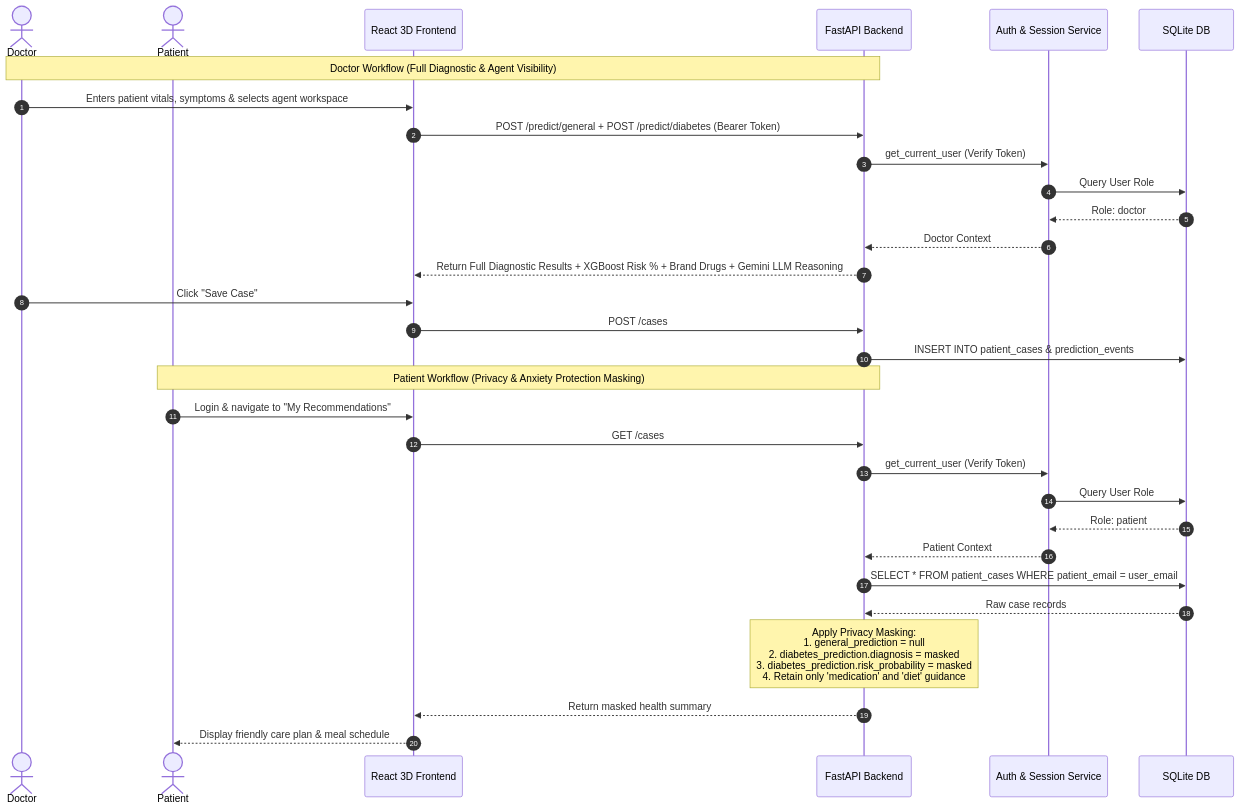
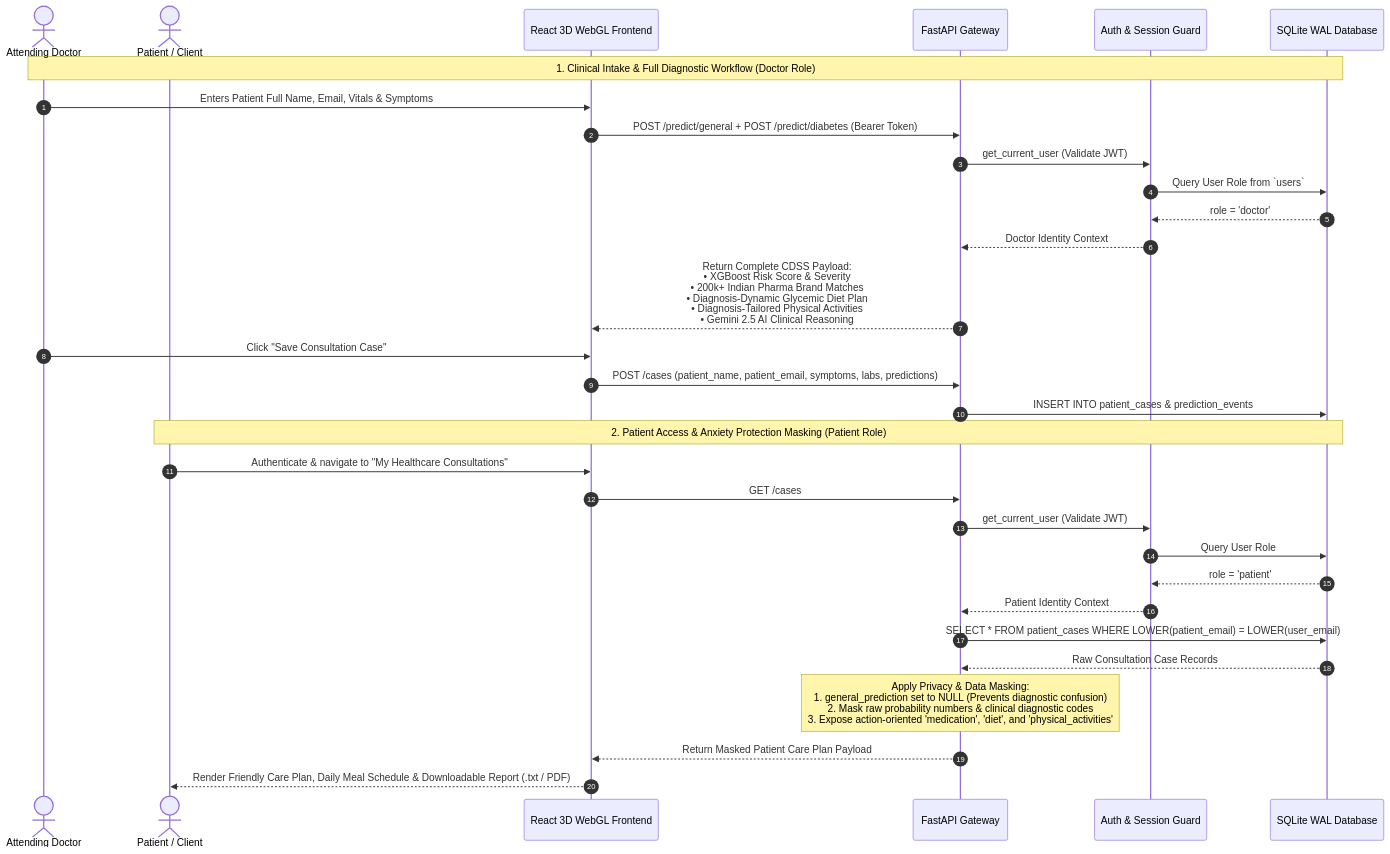
One commit to surendhar28/AI-based-Diabetes-disease-detection-with-explanation changed the fourth of 5 diagrams in README.md. Above: the diagram before and after it, drawn with Mermaid. The commit also changed other lines of this file, not shown here.

Commit message:
docs: Update Database ER Model and Authentication, RBAC & Patient Data Masking sections in README.md

````diff
--- a/README.md
+++ b/README.md
@@ -298,37 +300,37 @@
 ```mermaid
 sequenceDiagram
     autonumber
-    actor Doc as Doctor
-    actor Pat as Patient
-    participant FE as React 3D Frontend
-    participant API as FastAPI Backend
-    participant Auth as Auth & Session Service
-    participant DB as SQLite DB
+    actor Doc as Attending Doctor
+    actor Pat as Patient / Client
+    participant FE as React 3D WebGL Frontend
+    participant API as FastAPI Gateway
+    participant Auth as Auth & Session Guard
+    participant DB as SQLite WAL Database
 
-    %% Doctor Workflow
-    Note over Doc, API: Doctor Workflow (Full Diagnostic & Agent Visibility)
-    Doc->>FE: Enters patient vitals, symptoms & selects agent workspace
+    %% Doctor Diagnostic Workflow
+    Note over Doc, DB: 1. Clinical Intake & Full Diagnostic Workflow (Doctor Role)
+    Doc->>FE: Enters Patient Full Name, Email, Vitals & Symptoms
     FE->>API: POST /predict/general + POST /predict/diabetes (Bearer Token)
-    API->>Auth: get_current_user (Verify Token)
-    Auth->>DB: Query User Role
-    DB-->>Auth: Role: doctor
-    Auth-->>API: Doctor Context
-    API-->>FE: Return Full Diagnostic Results + XGBoost Risk % + Brand Drugs + Gemini LLM Reasoning
-    Doc->>FE: Click "Save Case"
-    FE->>API: POST /cases
+    API->>Auth: get_current_user (Validate JWT)
+    Auth->>DB: Query User Role from `users`
+    DB-->>Auth: role = 'doctor'
+    Auth-->>API: Doctor Identity Context
+    API-->>FE: Return Complete CDSS Payload:<br/>• XGBoost Risk Score & Severity<br/>• 200k+ Indian Pharma Brand Matches<br/>• Diagnosis-Dynamic Glycemic Diet Plan<br/>• Diagnosis-Tailored Physical Activities<br/>• Gemini 2.5 AI Clinical Reasoning
+    Doc->>FE: Click "Save Consultation Case"
+    FE->>API: POST /cases (patient_name, patient_email, symptoms, labs, predictions)
     API->>DB: INSERT INTO patient_cases & prediction_events
 
-    %% Patient Workflow
-    Note over Pat, API: Patient Workflow (Privacy & Anxiety Protection Masking)
-    Pat->>FE: Login & navigate to "My Recommendations"
+    %% Patient Privacy Workflow
+    Note over Pat, DB: 2. Patient Access & Anxiety Protection Masking (Patient Role)
+    Pat->>FE: Authenticate & navigate to "My Healthcare Consultations"
     FE->>API: GET /cases
-    API->>Auth: get_current_user (Verify Token)
+    API->>Auth: get_current_user (Validate JWT)
     Auth->>DB: Query User Role
-    DB-->>Auth: Role: patient
-    Auth-->>API: Patient Context
-    API->>DB: SELECT * FROM patient_cases WHERE patient_email = user_email
-    DB-->>API: Raw case records
-    Note over API: Apply Privacy Masking:<br/>1. general_prediction = null<br/>2. diabetes_prediction.diagnosis = masked<br/>3. diabetes_prediction.risk_probability = masked<br/>4. Retain only 'medication' and 'diet' guidance
-    API-->>FE: Return masked health summary
-    FE-->>Pat: Display friendly care plan & meal schedule
+    DB-->>Auth: role = 'patient'
+    Auth-->>API: Patient Identity Context
+    API->>DB: SELECT * FROM patient_cases WHERE LOWER(patient_email) = LOWER(user_email)
+    DB-->>API: Raw Consultation Case Records
+    Note over API: Apply Privacy & Data Masking:<br/>1. general_prediction set to NULL (Prevents diagnostic confusion)<br/>2. Mask raw probability numbers & clinical diagnostic codes<br/>3. Expose action-oriented 'medication', 'diet', and 'physical_activities'
+    API-->>FE: Return Masked Patient Care Plan Payload
+    FE-->>Pat: Render Friendly Care Plan, Daily Meal Schedule & Downloadable Report (.txt / PDF)
 ```
````
